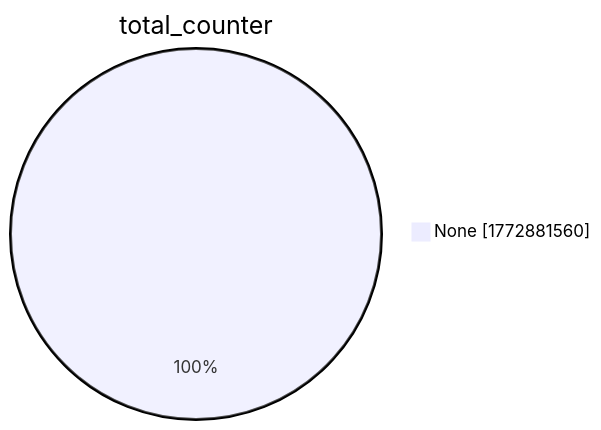
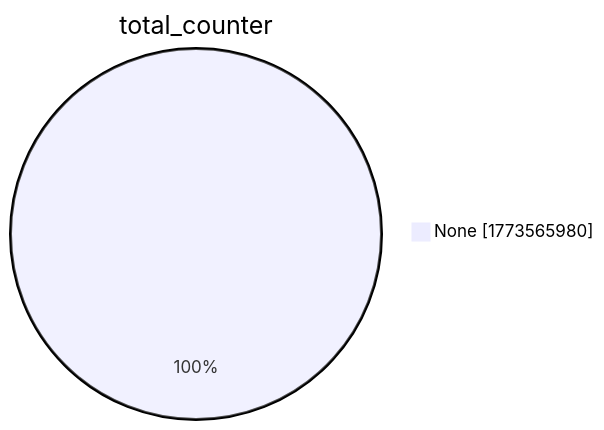
One commit to christiankrug/ctmonitor_visualization changed the second of 15 diagrams in xenon2022/README.md. Above: the diagram before and after it, drawn with Mermaid. The commit also changed other lines of this file, not shown here.

````diff
--- a/xenon2022/README.md
+++ b/xenon2022/README.md
@@ -9,5 +9,5 @@
 ```mermaid
 pie showData
 title total_counter
-"None" :1772881560
+"None" :1773565980
 ```
````
